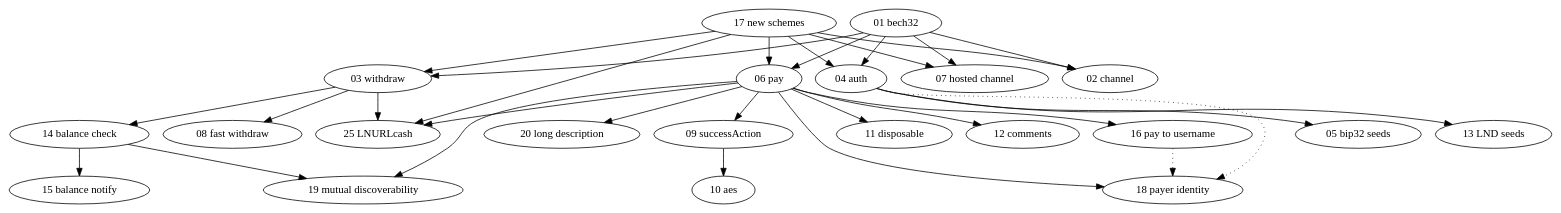
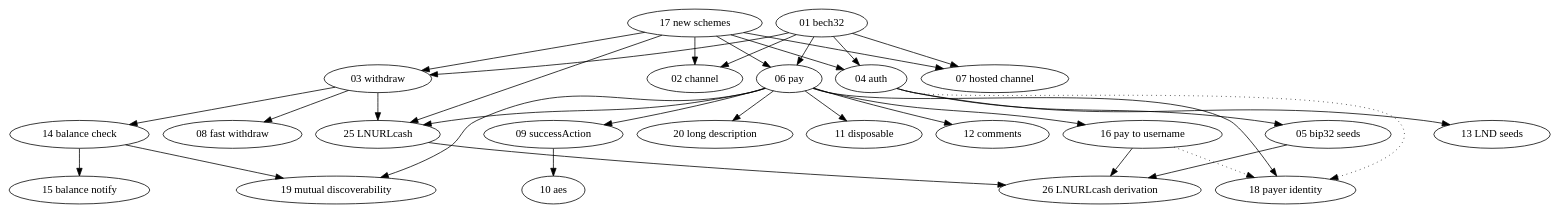
One commit to lnurl/luds changed the diagram in dependencies.dot. Above: the diagram before and after it, drawn with Graphviz. The commit also changed 5 other files, not shown here.

```diff
--- a/dependencies.dot
+++ b/dependencies.dot
@@ -1,37 +1,39 @@
 digraph {
   01[label="01 bech32"]
   02[label="02 channel"]
   03[label="03 withdraw"]
   04[label="04 auth"]
   05[label="05 bip32 seeds"]
   06[label="06 pay"]
   07[label="07 hosted channel"]
   08[label="08 fast withdraw"]
   09[label="09 successAction"]
   10[label="10 aes"]
   11[label="11 disposable"]
   12[label="12 comments"]
   13[label="13 LND seeds"]
   14[label="14 balance check"]
   15[label="15 balance notify"]
   16[label="16 pay to username"]
   17[label="17 new schemes"]
   18[label="18 payer identity"]
   19[label="19 mutual discoverability"]
   20[label="20 long description"]
   25[label="25 LNURLcash"]
+  26[label="26 LNURLcash derivation"]
 
   { 01 17 } -> { 02 03 04 06 07 } // base protocols depend on URL format
   04 -> { 05 13 } // lnurl-auth seed generation methods
   03 -> 08 // fast withdraw
   03 -> 14 -> 15 // balanceCheck/balanceNotify
   06 -> 11 // disposable lnurl-pay
   06 -> 20 // long description
   06 -> 09 -> 10 // lnurl-pay successAction
   06 -> 12 // lnurl-pay comments
   06 -> 18 // lnurl-pay payer ids
   { 04 16 } -> 18 [style="dotted"] // loose relationship of payer id with lnurl-auth and lightning address
   06 -> 16 // paying to user@domain.com
   { 06 14 } -> 19 // mutually discoverable pay and withdraw links
   { 03 06 17 } -> 25 // LNURLcash bearer notes built on withdraw/pay/raw-url
+  { 05 16 25 } -> 26 // LNURLcash seed derivation and lightning address auto-mint
 }
```
